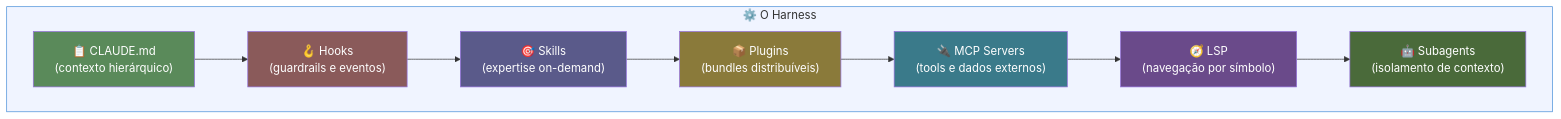
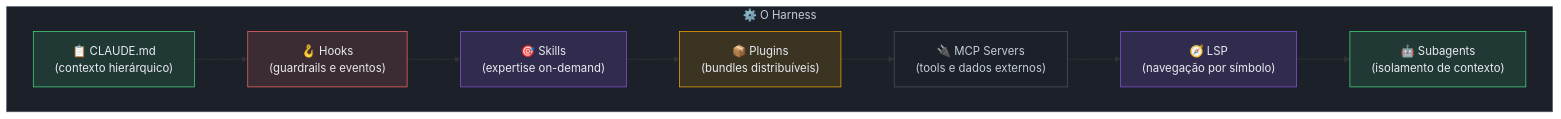
Before and after one commit to josenaldo/codex-technomanticus: the diagram in 03-Dominios/Tecnologia/IA/Claude Code/Mental Model/09 - O harness como terceira camada.md, drawn with Mermaid. The commit also changed 1181 other files, not shown here.

First line of the commit message:
fix(diagramas): paleta do sistema no lugar de cor cravada no markdown

````diff
--- a/03-Dominios/Tecnologia/IA/Claude Code/Mental Model/09 - O harness como terceira camada.md
+++ b/03-Dominios/Tecnologia/IA/Claude Code/Mental Model/09 - O harness como terceira camada.md
@@ -51,28 +51,33 @@
 ```mermaid
 flowchart TD
+    classDef neutro fill:#1B2029,stroke:#4E5666,color:#C6CCD8
+    classDef ok fill:#4ADE8021,stroke:#4ADE80,color:#E9ECF2
+    classDef falha fill:#FF6B6B24,stroke:#FF6B6B,color:#E9ECF2
+    classDef marca fill:#8855DF33,stroke:#8855DF,color:#E9ECF2
+    classDef destaque fill:#FFAA0024,stroke:#FFAA00,color:#E9ECF2
     subgraph Harness["⚙️ O Harness"]
         CM["📋 CLAUDE.md\n(contexto hierárquico)"]
         HK["🪝 Hooks\n(guardrails e eventos)"]
         SK["🎯 Skills\n(expertise on-demand)"]
         PL["📦 Plugins\n(bundles distribuíveis)"]
         MCP["🔌 MCP Servers\n(tools e dados externos)"]
         LSP["🧭 LSP\n(navegação por símbolo)"]
         SA["🤖 Subagents\n(isolamento de contexto)"]
     end
 
     CM --> HK
     HK --> SK
     SK --> PL
     PL --> MCP
     MCP --> LSP
     LSP --> SA
 
-    style Harness fill:#f0f4ff,stroke:#4a90d9
-    style CM fill:#5a8a5a,color:#fff
-    style HK fill:#8a5a5a,color:#fff
-    style SK fill:#5a5a8a,color:#fff
-    style PL fill:#8a7a3a,color:#fff
-    style MCP fill:#3a7a8a,color:#fff
-    style LSP fill:#6a4a8a,color:#fff
-    style SA fill:#4a6a3a,color:#fff
+    class Harness neutro
+    class CM ok
+    class HK falha
+    class SK marca
+    class PL destaque
+    class MCP neutro
+    class LSP marca
+    class SA ok
 ```
````
